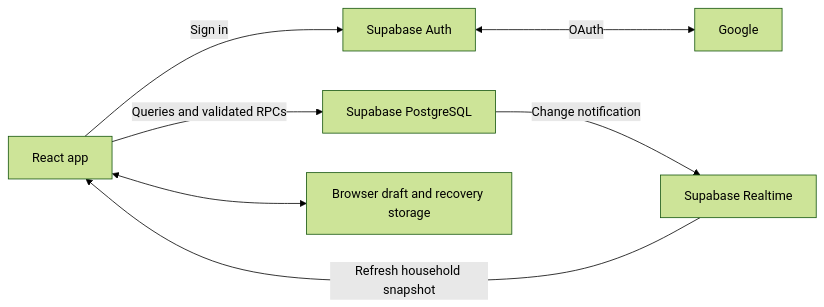
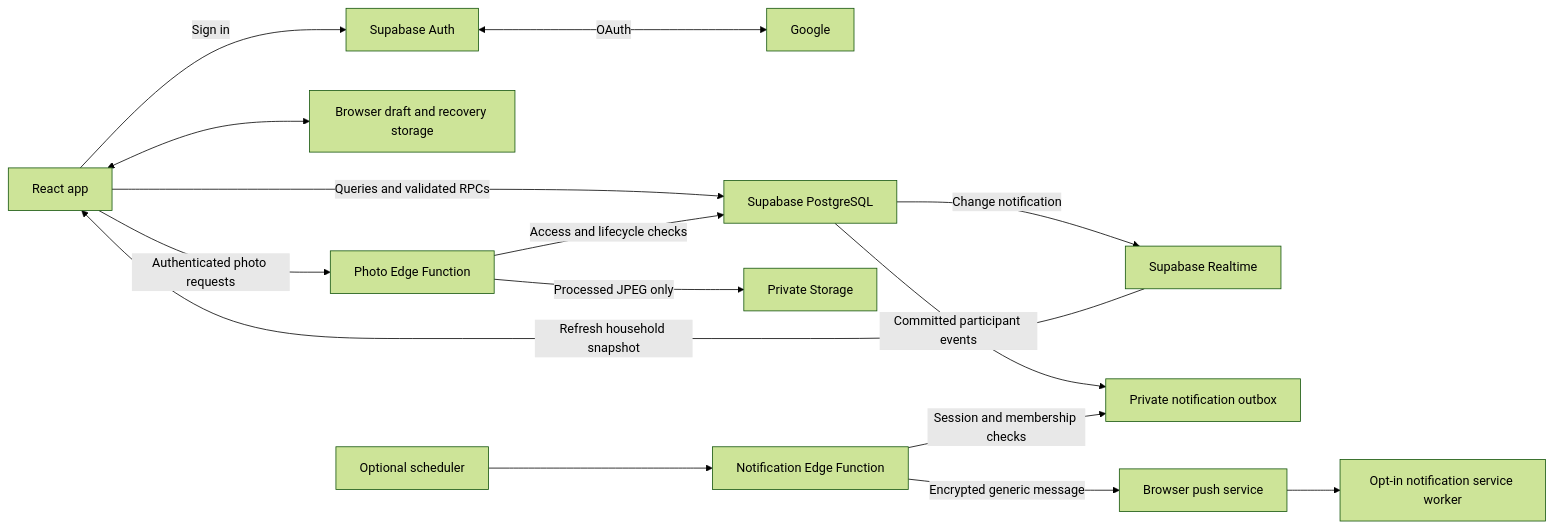
The diagram in docs/ARCHITECTURE.md (erankawinda/pact), drawn with Mermaid (forest theme) before and after one commit. The commit also changed other lines of this file and 2 other files, not shown here.

Commit message:
docs(architecture): explain photo privacy and optional notification services

````diff
--- a/docs/ARCHITECTURE.md
+++ b/docs/ARCHITECTURE.md
@@ -5,9 +5,17 @@
 ```mermaid
 flowchart LR
     Browser[React app] -->|Sign in| Auth[Supabase Auth]
     Auth <-->|OAuth| Google[Google]
     Browser -->|Queries and validated RPCs| DB[Supabase PostgreSQL]
     DB -->|Change notification| RT[Supabase Realtime]
     RT -->|Refresh household snapshot| Browser
     Browser <--> Local[Browser draft and recovery storage]
+    Browser -->|Authenticated photo requests| Photo[Photo Edge Function]
+    Photo -->|Access and lifecycle checks| DB
+    Photo -->|Processed JPEG only| Storage[Private Storage]
+    DB -->|Committed participant events| Outbox[Private notification outbox]
+    Cron[Optional scheduler] --> Dispatcher[Notification Edge Function]
+    Dispatcher -->|Session and membership checks| Outbox
+    Dispatcher -->|Encrypted generic message| Push[Browser push service]
+    Push --> Worker[Opt-in notification service worker]
 ```
````
